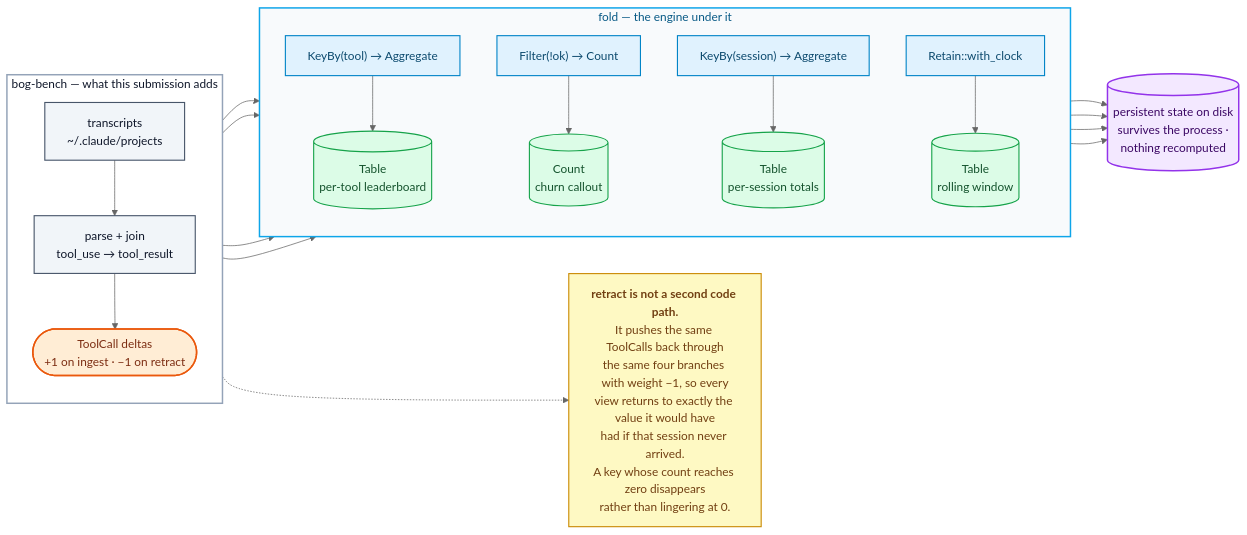
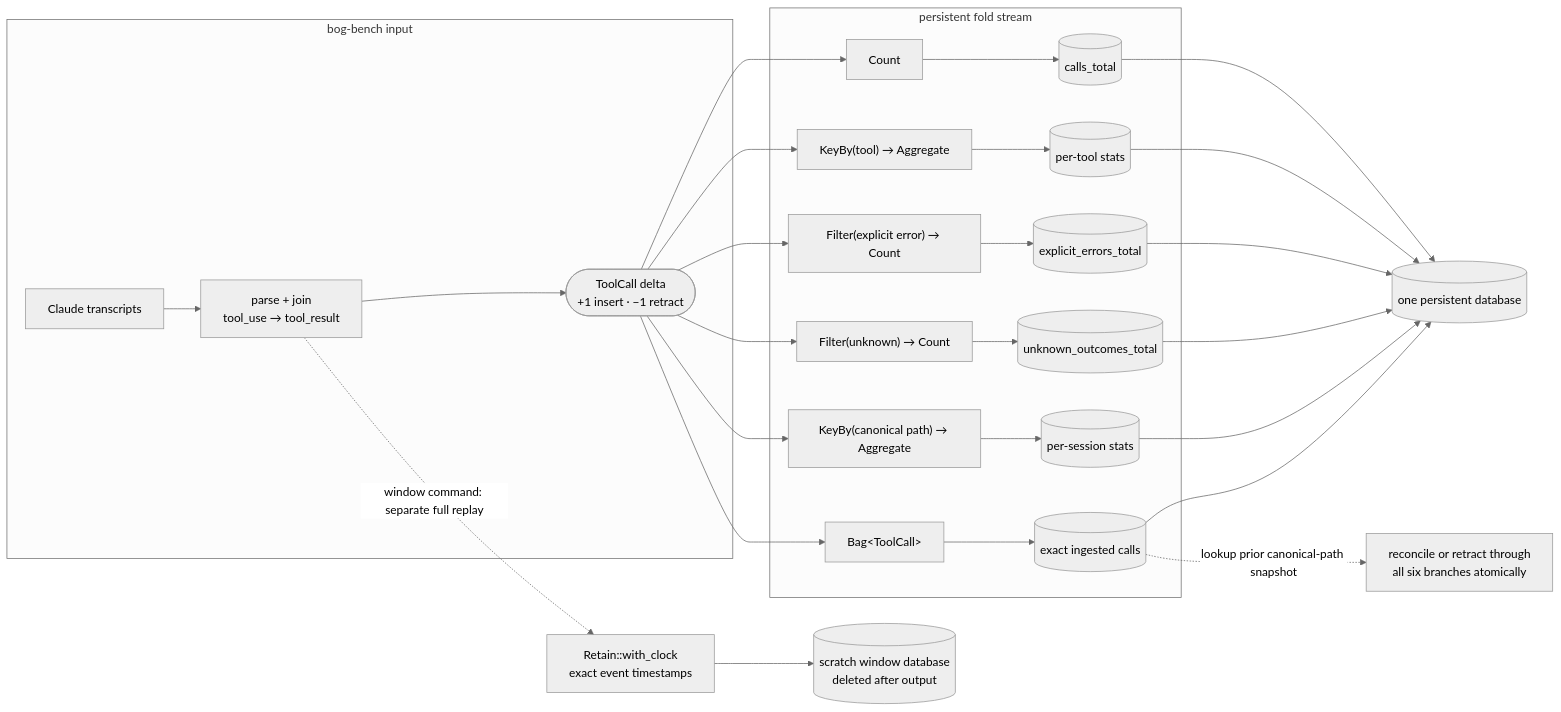
Before and after one commit to flowercomputers/bogkit: the diagram in examples/bog-bench/README.md, drawn with Mermaid (neutral theme). The commit also changed other lines of this file, not shown here.

Commit message:
docs(bog-bench): bound claims to verified behavior

````diff
--- a/examples/bog-bench/README.md
+++ b/examples/bog-bench/README.md
@@ -272,46 +226,35 @@
 ```mermaid
 flowchart LR
-  subgraph BB["bog-bench — what this submission adds"]
-    direction TB
-    T["transcripts<br/>~/.claude/projects"] --> P["parse + join<br/>tool_use → tool_result"]
-    P --> D(["ToolCall deltas<br/>+1 on ingest · −1 on retract"])
+  subgraph BB["bog-bench input"]
+    T["Claude transcripts"] --> P["parse + join<br/>tool_use → tool_result"]
+    P --> D(["ToolCall delta<br/>+1 insert · −1 retract"])
   end
 
-  subgraph FOLD["fold — the engine under it"]
-    direction TB
-    B1["KeyBy(tool) → Aggregate"] --> S1[("Table<br/>per-tool leaderboard")]
-    B2["Filter(!ok) → Count"] --> S2[("Count<br/>churn callout")]
-    B3["KeyBy(session) → Aggregate"] --> S3[("Table<br/>per-session totals")]
-    B4["Retain::with_clock"] --> S4[("Table<br/>rolling window")]
+  subgraph MAIN["persistent fold stream"]
+    C["Count"] --> C1[("calls_total")]
+    BT["KeyBy(tool) → Aggregate"] --> T1[("per-tool stats")]
+    BE["Filter(explicit error) → Count"] --> E1[("explicit_errors_total")]
+    BU["Filter(unknown) → Count"] --> U1[("unknown_outcomes_total")]
+    BS["KeyBy(canonical path) → Aggregate"] --> S1[("per-session stats")]
+    BX["Bag&lt;ToolCall&gt;"] --> X1[("exact ingested calls")]
   end
 
-  D --> B1
-  D --> B2
-  D --> B3
-  D --> B4
+  D --> C
+  D --> BT
+  D --> BE
+  D --> BU
+  D --> BS
+  D --> BX
 
-  S1 --> DISK[("persistent state on disk<br/>survives the process ·<br/>nothing recomputed")]
-  S2 --> DISK
-  S3 --> DISK
-  S4 --> DISK
+  C1 --> DISK[("one persistent database")]
+  T1 --> DISK
+  E1 --> DISK
+  U1 --> DISK
+  S1 --> DISK
+  X1 --> DISK
 
-  N["<b>retract is not a second code path.</b><br/>It pushes the same ToolCalls back through<br/>the same four branches with weight −1, so every<br/>view returns to exactly the value it would have<br/>had if that session never arrived.<br/>A key whose count reaches zero disappears<br/>rather than lingering at 0."]
-  D -.-> N
+  P -. "window command: separate full replay" .-> R["Retain::with_clock<br/>exact event timestamps"]
+  R --> TMP[("scratch window database<br/>deleted after output")]
 
-  classDef src fill:#f1f5f9,stroke:#475569,stroke-width:1.5px,color:#0f172a
-  classDef delta fill:#ffedd5,stroke:#ea580c,stroke-width:2px,color:#7c2d12
-  classDef op fill:#e0f2fe,stroke:#0284c7,stroke-width:1.5px,color:#0c4a6e
-  classDef sink fill:#dcfce7,stroke:#16a34a,stroke-width:1.5px,color:#14532d
-  classDef disk fill:#f3e8ff,stroke:#9333ea,stroke-width:2px,color:#3b0764
-  classDef note fill:#fef9c3,stroke:#ca8a04,stroke-width:1.5px,color:#713f12
-
-  class T,P src
-  class D delta
-  class B1,B2,B3,B4 op
-  class S1,S2,S3,S4 sink
-  class DISK disk
-  class N note
-
-  style BB fill:#ffffff,stroke:#94a3b8,stroke-width:2px,color:#0f172a
-  style FOLD fill:#f8fafc,stroke:#0ea5e9,stroke-width:2px,color:#075985
+  X1 -. "lookup prior canonical-path snapshot" .-> N["reconcile or retract through<br/>all six branches atomically"]
 ```
````
